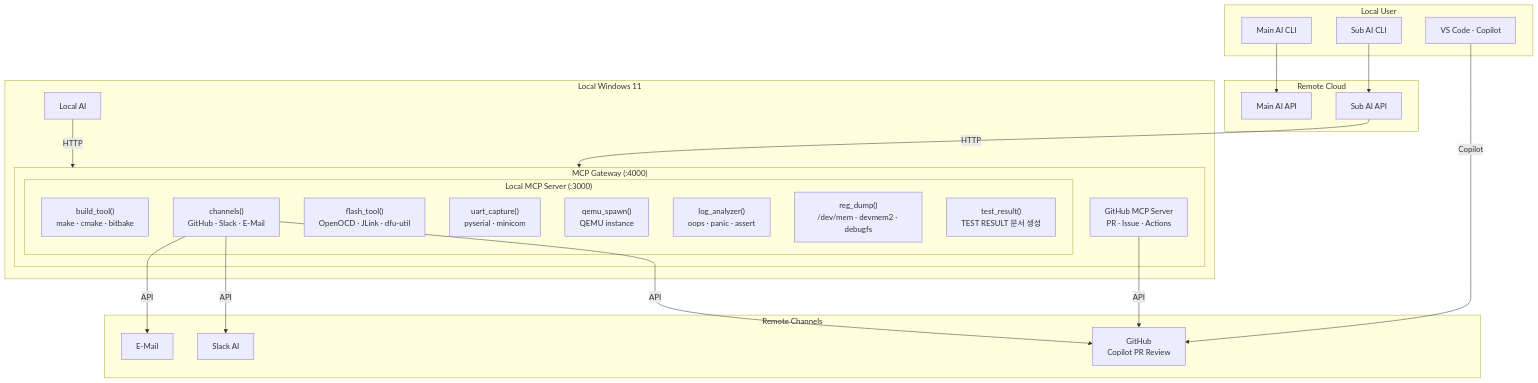
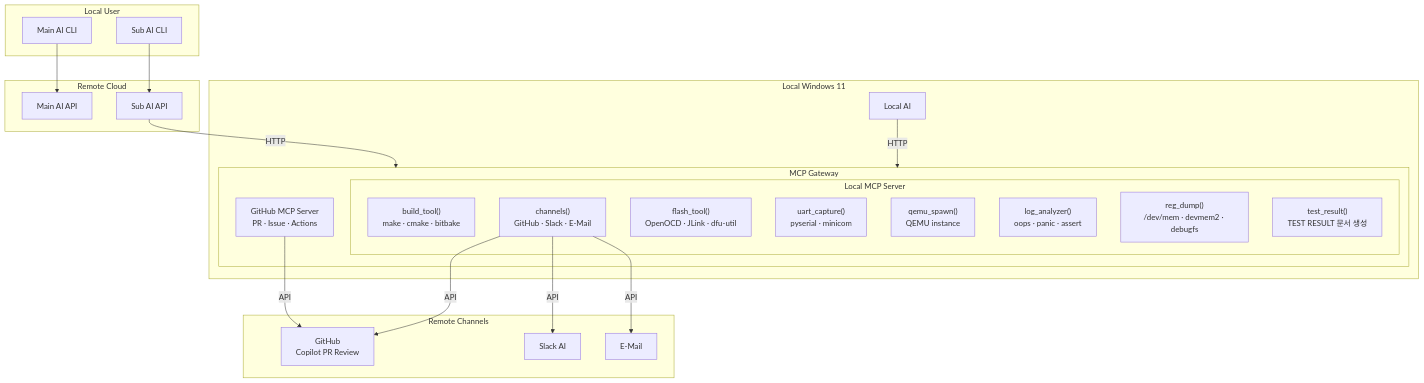
Before and after one commit to JeonghunLee/local-ai-agent-mcp: the second of 2 diagrams in docs/architecture/system-design.md, drawn with Mermaid. The commit also changed other lines of this file and 3 other files, not shown here.

````diff
--- a/docs/architecture/system-design.md
+++ b/docs/architecture/system-design.md
@@ -156,49 +154,49 @@
 ```mermaid
 graph TD
     subgraph UserCLI["Local User"]
         MainAICLI["Main AI CLI"]
         SubAICLI["Sub AI CLI"]
-        VSCode["VS Code · Copilot"]
+
     end
 
     subgraph Remote["Remote Cloud"]
         MainAI["Main AI API"]
         SubAI["Sub AI API"]
     end
 
     subgraph LocalWindows["Local Windows 11"]
         LocalAI["Local AI"]
-        subgraph MCPGatewayB["MCP Gateway (:4000)"]
-            subgraph MCPTools["Local MCP Server (:3000)"]
+        subgraph MCPGatewayB["MCP Gateway "]
+            subgraph MCPTools["Local MCP Server "]
                 Build["build_tool()\nmake · cmake · bitbake"]
                 Chan["channels()\nGitHub · Slack · E-Mail"]
                 Flash["flash_tool()\nOpenOCD · JLink · dfu-util"]
                 Uart["uart_capture()\npyserial · minicom"]
                 Qemu["qemu_spawn()\nQEMU instance"]
                 LogA["log_analyzer()\noops · panic · assert"]
                 Reg["reg_dump()\n/dev/mem · devmem2 · debugfs"]
                 TestR["test_result()\nTEST RESULT 문서 생성"]
             end
             GHMC["GitHub MCP Server\nPR · Issue · Actions"]
         end
     end
 
     subgraph Channels["Remote Channels"]
         GitHub["GitHub\nCopilot PR Review"]
         Slack["Slack AI"]
         EMail["E-Mail"]        
     end
 
     MainAICLI --> MainAI
     SubAICLI --> SubAI
-    VSCode -->|Copilot| GitHub
+   
 
     LocalAI -->|HTTP| MCPGatewayB
     SubAI -->|HTTP| MCPGatewayB
 
     Chan -->|API| GitHub
     Chan -->|API| Slack
     Chan -->|API| EMail
 
     GHMC -->|API| GitHub
 ```
````
